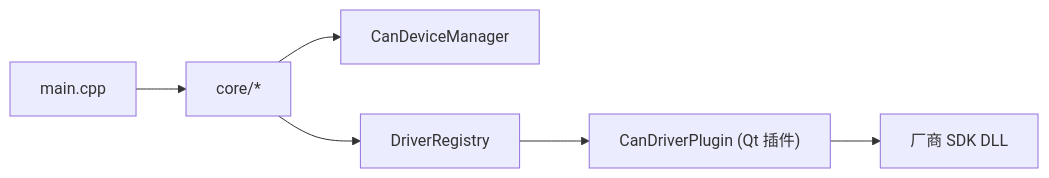
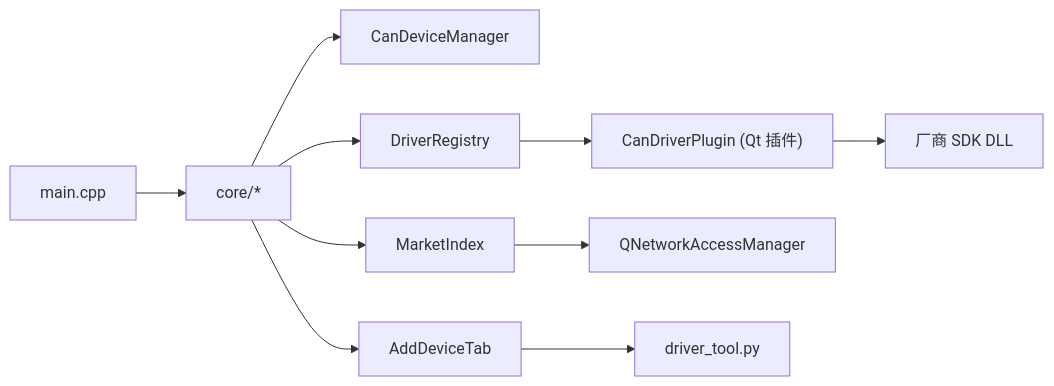
One commit to jakecai1225-design/OpenBus changed the ninth of 9 diagrams in .qoder/repowiki/zh/content/架构设计/驱动系统方案.md. Above: the diagram before and after it, drawn with Mermaid. The commit also changed other lines of this file and 40 other files, not shown here.

````diff
--- a/.qoder/repowiki/zh/content/架构设计/驱动系统方案.md
+++ b/.qoder/repowiki/zh/content/架构设计/驱动系统方案.md
@@ -247,8 +347,12 @@
 ```mermaid
 graph LR
 Main["main.cpp"] --> Core["core/*"]
 Core --> DevMgr["CanDeviceManager"]
 Core --> Reg["DriverRegistry"]
+Core --> Index["MarketIndex"]
+Core --> UI["AddDeviceTab"]
 Reg --> Plugin["CanDriverPlugin (Qt 插件)"]
 Plugin --> Vendor["厂商 SDK DLL"]
+Index --> Network["QNetworkAccessManager"]
+UI --> Python["driver_tool.py"]
 ```
````
